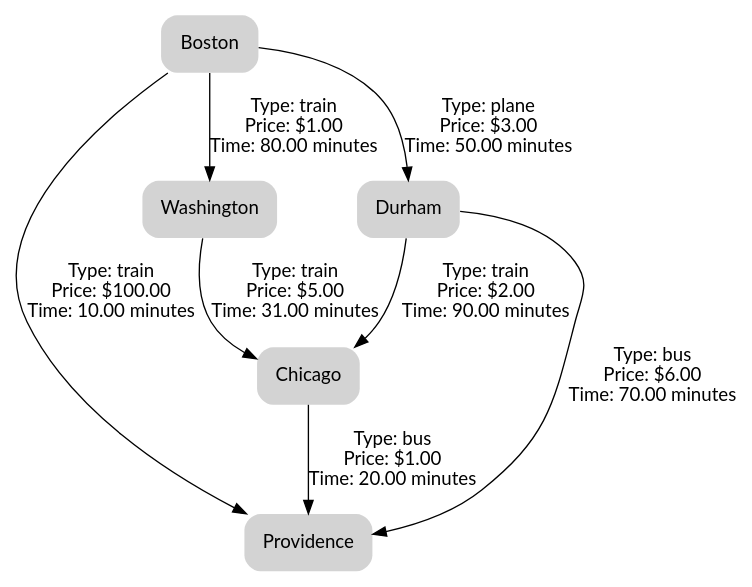
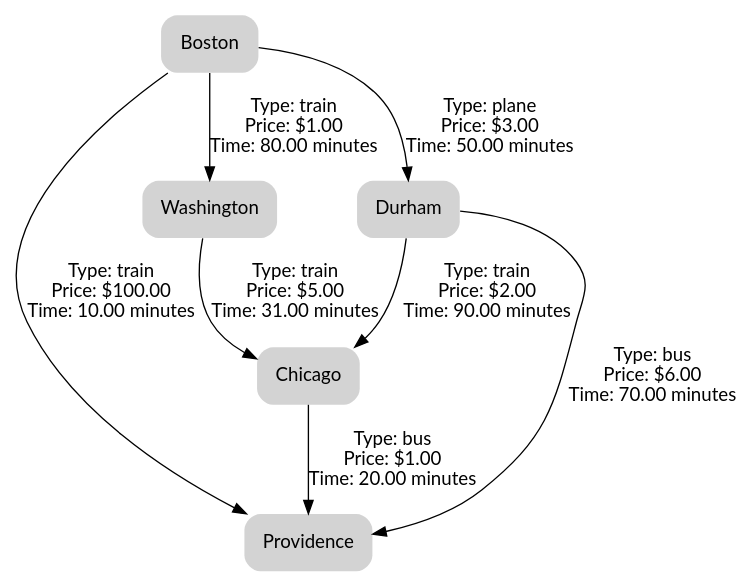
One commit to prlakshm/travel-planner changed the diagram in data/graphs/graph2.dot. Above: the diagram before and after it, drawn with Graphviz. The commit also changed other lines of this file and 1 other file, not shown here.

```diff
--- a/data/graphs/graph2.dot
+++ b/data/graphs/graph2.dot
@@ -1,23 +1,23 @@
 digraph TravelPlanner {
 	node [shape="plaintext" style="filled, rounded" fontname="Lato" margin=0.2]
 	edge [fontname="Lato" labeldistance=5]
+	"Chicago"
+	"Providence"
+	"Washington"
 	"Boston"
-	"Washington"
-	"Providence"
-	"Chicago"
 	"Durham"
-	"Boston" -> "Washington" [label="Type: train\nPrice: $1.00\nTime: 80.00 minutes
-"]
-	"Boston" -> "Providence" [label="Type: train\nPrice: $100.00\nTime: 10.00 minutes
-"]
-	"Boston" -> "Durham" [label="Type: plane\nPrice: $3.00\nTime: 50.00 minutes
-"]
-	"Durham" -> "Chicago" [label="Type: train\nPrice: $2.00\nTime: 90.00 minutes
-"]
-	"Durham" -> "Providence" [label="Type: bus\nPrice: $6.00\nTime: 70.00 minutes
-"]
 	"Chicago" -> "Providence" [label="Type: bus\nPrice: $1.00\nTime: 20.00 minutes
 "]
 	"Washington" -> "Chicago" [label="Type: train\nPrice: $5.00\nTime: 31.00 minutes
 "]
+	"Boston" -> "Washington" [label="Type: train\nPrice: $1.00\nTime: 80.00 minutes
+"]
+	"Boston" -> "Durham" [label="Type: plane\nPrice: $3.00\nTime: 50.00 minutes
+"]
+	"Boston" -> "Providence" [label="Type: train\nPrice: $100.00\nTime: 10.00 minutes
+"]
+	"Durham" -> "Providence" [label="Type: bus\nPrice: $6.00\nTime: 70.00 minutes
+"]
+	"Durham" -> "Chicago" [label="Type: train\nPrice: $2.00\nTime: 90.00 minutes
+"]
 }
```
